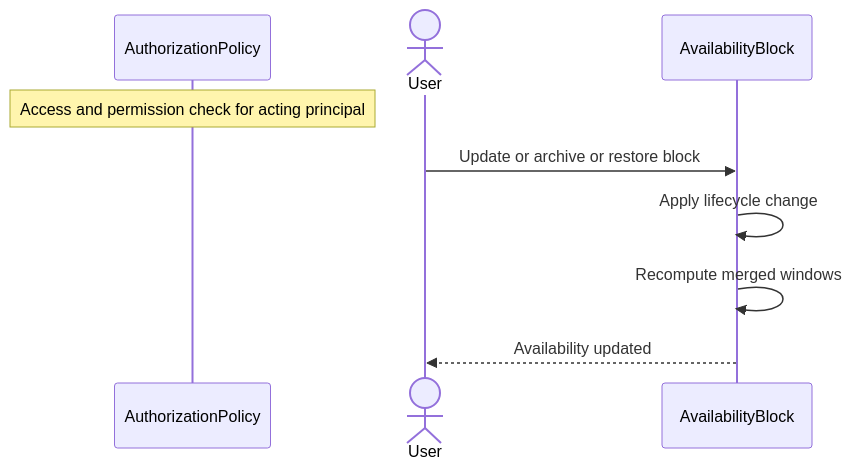
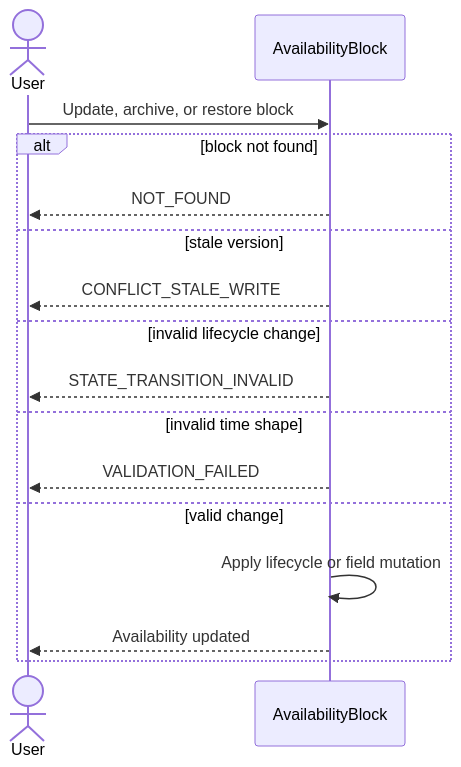
Before and after one commit to ChidiRnweke/margin: the fourth of 11 diagrams in architecture/sequence-diagrams/04-availability-planning.md, drawn with Mermaid. The commit also changed other lines of this file and 12 other files, not shown here.

Commit message:
Enhance sequence diagrams and introduce traceability matrix

````diff
--- a/architecture/sequence-diagrams/04-availability-planning.md
+++ b/architecture/sequence-diagrams/04-availability-planning.md
@@ -52,11 +66,18 @@
 ```mermaid
 sequenceDiagram
-    participant G as AuthorizationPolicy
-    Note over G: Access and permission check for acting principal
     actor U as User
     participant B as AvailabilityBlock
-    U->>B: Update or archive or restore block
-    B->>B: Apply lifecycle change
-    B->>B: Recompute merged windows
-    B-->>U: Availability updated
+    U->>B: Update, archive, or restore block
+    alt block not found
+        B-->>U: NOT_FOUND
+    else stale version
+        B-->>U: CONFLICT_STALE_WRITE
+    else invalid lifecycle change
+        B-->>U: STATE_TRANSITION_INVALID
+    else invalid time shape
+        B-->>U: VALIDATION_FAILED
+    else valid change
+        B->>B: Apply lifecycle or field mutation
+        B-->>U: Availability updated
+    end
 ```
````
